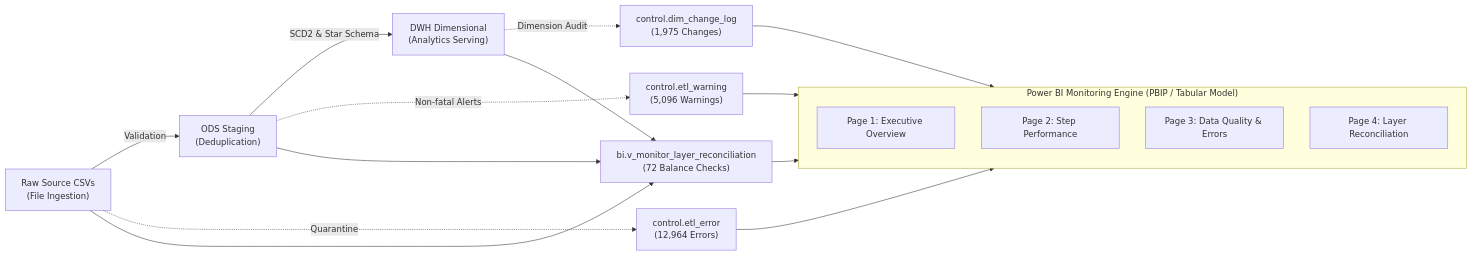
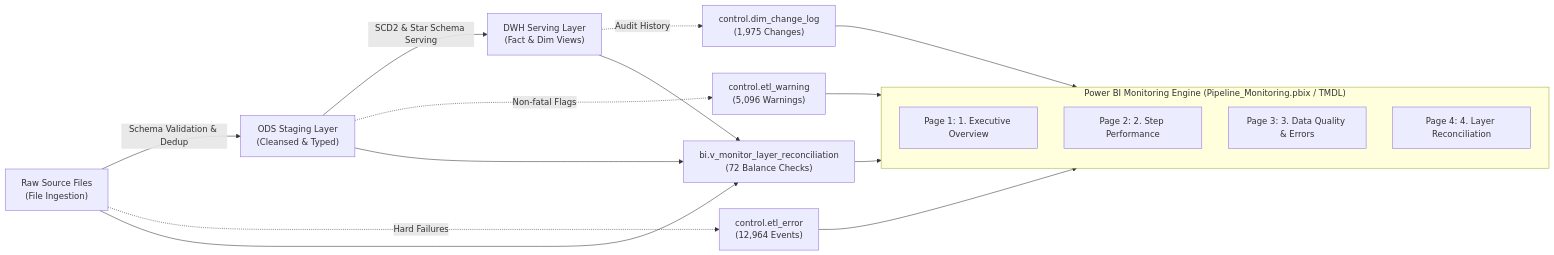
One commit to WalterEdwardd/food-delivery-etl-dwh changed the first of 2 diagrams in powerbi/pipeline_monitoring/DASHBOARD_GUIDE.md. Above: the diagram before and after it, drawn with Mermaid. The commit also changed other lines of this file and 10 other files, not shown here.

Commit message:
feat(powerbi): update pipeline monitoring dashboard, tmdl and cleanup model files

````diff
--- a/powerbi/pipeline_monitoring/DASHBOARD_GUIDE.md
+++ b/powerbi/pipeline_monitoring/DASHBOARD_GUIDE.md
@@ -44,23 +44,23 @@
 ```mermaid
 flowchart LR
-    A["Raw Source CSVs<br>(File Ingestion)"] -->|Validation| B["ODS Staging<br>(Deduplication)"]
-    B -->|SCD2 & Star Schema| C["DWH Dimensional<br>(Analytics Serving)"]
+    A["Raw Source Files<br>(File Ingestion)"] -->|Schema Validation & Dedup| B["ODS Staging Layer<br>(Cleansed & Typed)"]
+    B -->|SCD2 & Star Schema Serving| C["DWH Serving Layer<br>(Fact & Dim Views)"]
     
-    A -.->|Quarantine| E["control.etl_error<br>(12,964 Errors)"]
-    B -.->|Non-fatal Alerts| W["control.etl_warning<br>(5,096 Warnings)"]
-    C -.->|Dimension Audit| AU["control.dim_change_log<br>(1,975 Changes)"]
+    A -.->|Hard Failures| E["control.etl_error<br>(12,964 Events)"]
+    B -.->|Non-fatal Flags| W["control.etl_warning<br>(5,096 Warnings)"]
+    C -.->|Audit History| AU["control.dim_change_log<br>(1,975 Changes)"]
     
     A & B & C --> R["bi.v_monitor_layer_reconciliation<br>(72 Balance Checks)"]
     
-    subgraph PowerBI ["Power BI Monitoring Engine (PBIP / Tabular Model)"]
-        P1["Page 1: Executive Overview"]
-        P2["Page 2: Step Performance"]
-        P3["Page 3: Data Quality & Errors"]
-        P4["Page 4: Layer Reconciliation"]
+    subgraph PowerBI ["Power BI Monitoring Engine (Pipeline_Monitoring.pbix / TMDL)"]
+        P1["Page 1: 1. Executive Overview"]
+        P2["Page 2: 2. Step Performance"]
+        P3["Page 3: 3. Data Quality & Errors"]
+        P4["Page 4: 4. Layer Reconciliation"]
     end
     
     R --> PowerBI
     E --> PowerBI
     W --> PowerBI
     AU --> PowerBI
 ```
````
